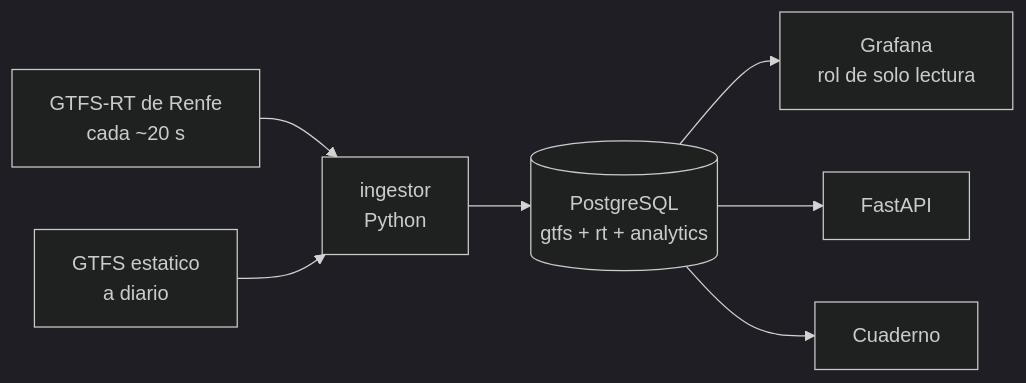
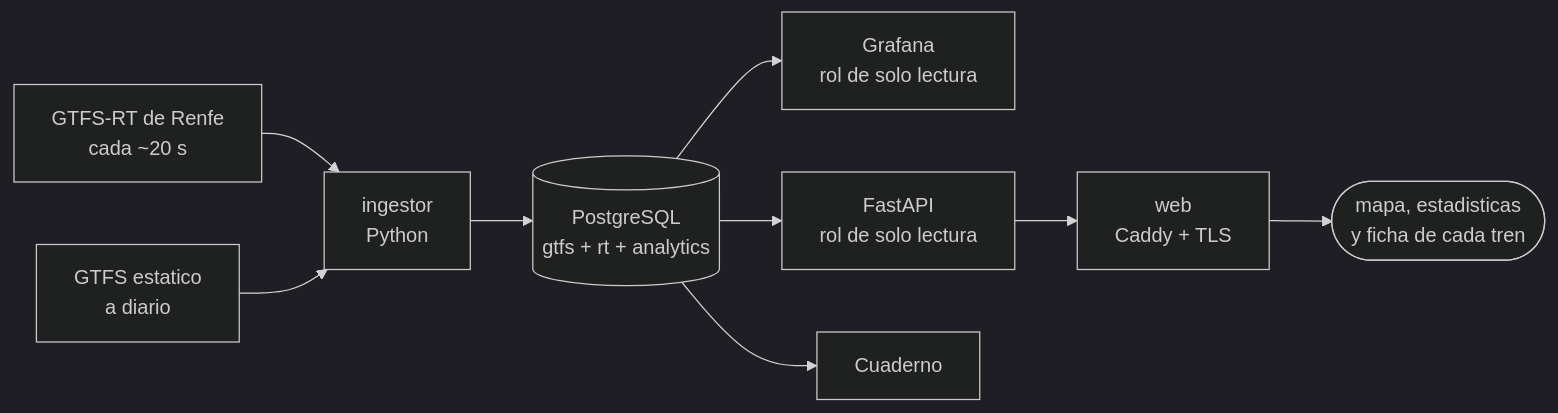
The diagram in README.md (Abadalina/rodalies-observatorio), drawn with Mermaid (dark theme) before and after one commit. The commit also changed other lines of this file and 2 other files, not shown here.

````diff
--- a/README.md
+++ b/README.md
@@ -152,9 +156,11 @@
 ```mermaid
 flowchart LR
     RT["GTFS-RT de Renfe<br/>cada ~20 s"] --> ING
     ST["GTFS estatico<br/>a diario"] --> ING
     ING["ingestor<br/>Python"] --> DB[("PostgreSQL<br/>gtfs + rt + analytics")]
     DB --> GRA["Grafana<br/>rol de solo lectura"]
-    DB --> API["FastAPI"]
+    DB --> API["FastAPI<br/>rol de solo lectura"]
     DB --> NB["Cuaderno"]
+    API --> WEB["web<br/>Caddy + TLS"]
+    WEB --> USR(["mapa, estadisticas<br/>y ficha de cada tren"])
 ```
````
